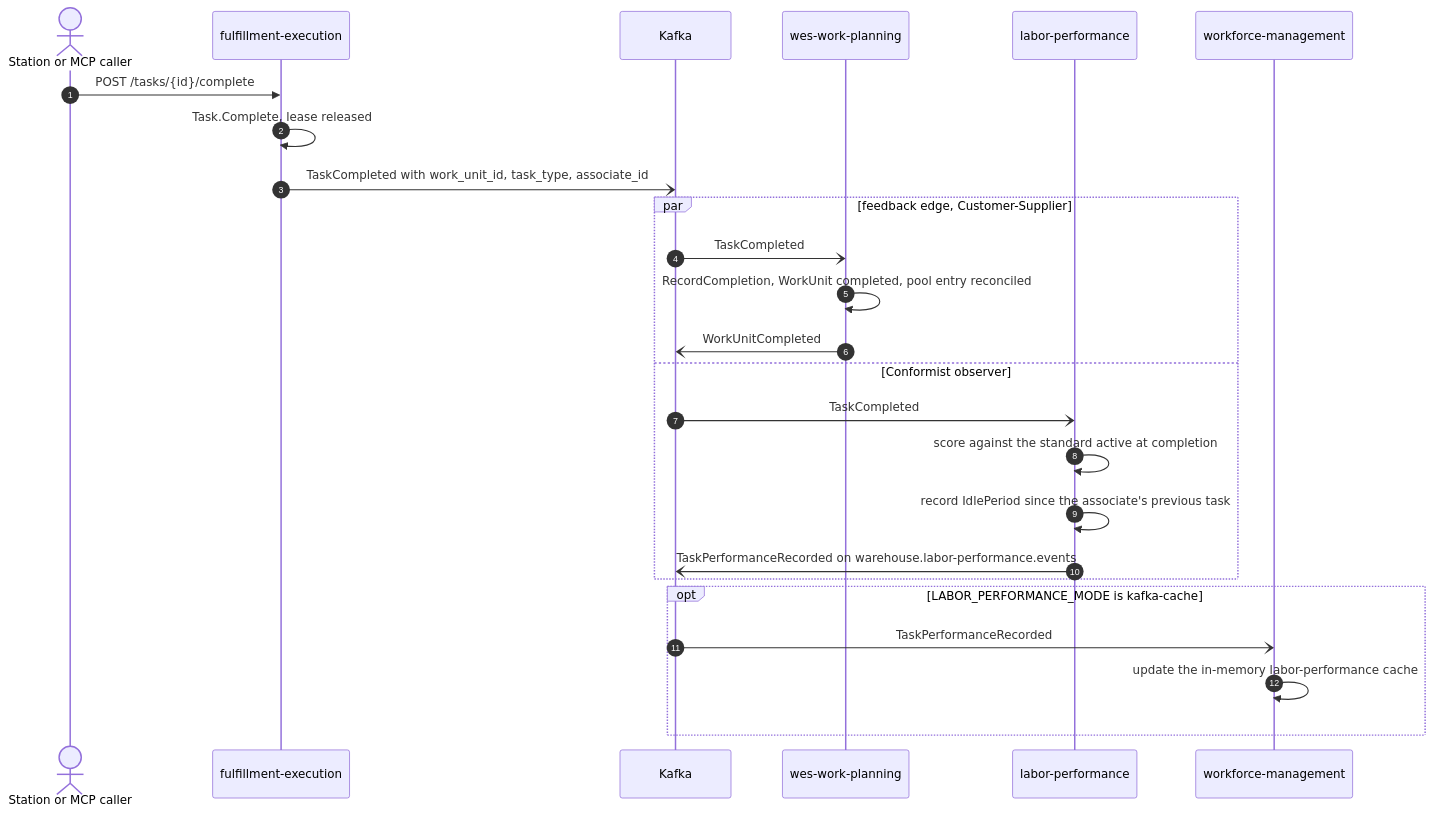
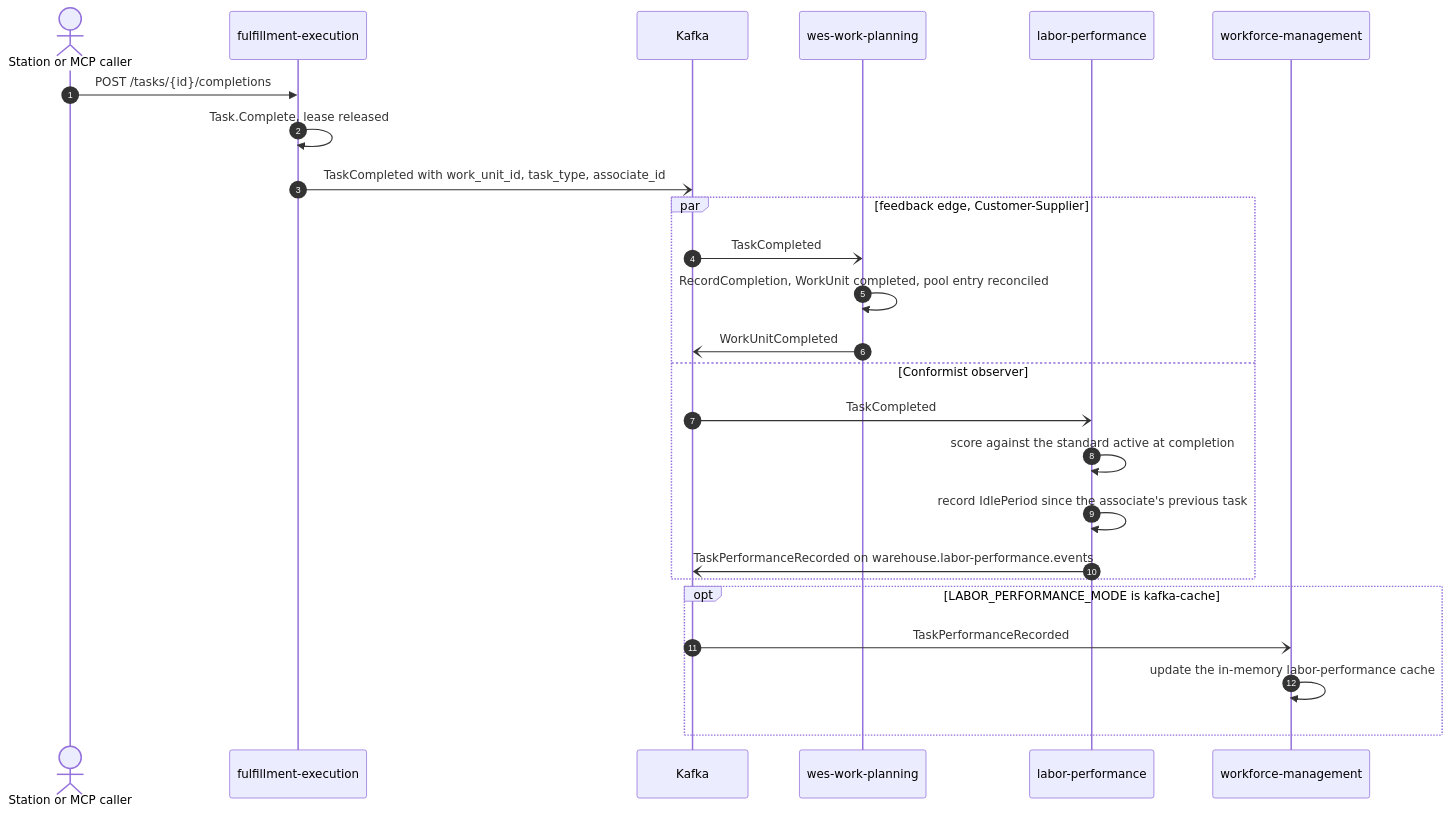
One commit to IQVO/warehouse-docs changed the fourth of 10 diagrams in docs/architecture/runtime-flows.md. Above: the diagram before and after it, drawn with Mermaid. The commit also changed other lines of this file and 272 other files, not shown here.

````diff
--- a/docs/architecture/runtime-flows.md
+++ b/docs/architecture/runtime-flows.md
@@ -199,30 +199,30 @@
 ```mermaid
 sequenceDiagram
     autonumber
     actor S as Station or MCP caller
     participant FE as fulfillment-execution
     participant K as Kafka
     participant WP as wes-work-planning
     participant LP as labor-performance
     participant WFM as workforce-management
 
-    S->>FE: POST /tasks/{id}/complete
+    S->>FE: POST /tasks/{id}/completions
     FE->>FE: Task.Complete, lease released
     FE-)K: TaskCompleted with work_unit_id, task_type, associate_id
 
     par feedback edge, Customer-Supplier
         K-)WP: TaskCompleted
         WP->>WP: RecordCompletion, WorkUnit completed, pool entry reconciled
         WP-)K: WorkUnitCompleted
     and Conformist observer
         K-)LP: TaskCompleted
         LP->>LP: score against the standard active at completion
         LP->>LP: record IdlePeriod since the associate's previous task
         LP-)K: TaskPerformanceRecorded on warehouse.labor-performance.events
     end
 
     opt LABOR_PERFORMANCE_MODE is kafka-cache
         K-)WFM: TaskPerformanceRecorded
         WFM->>WFM: update the in-memory labor-performance cache
     end
 ```
````
